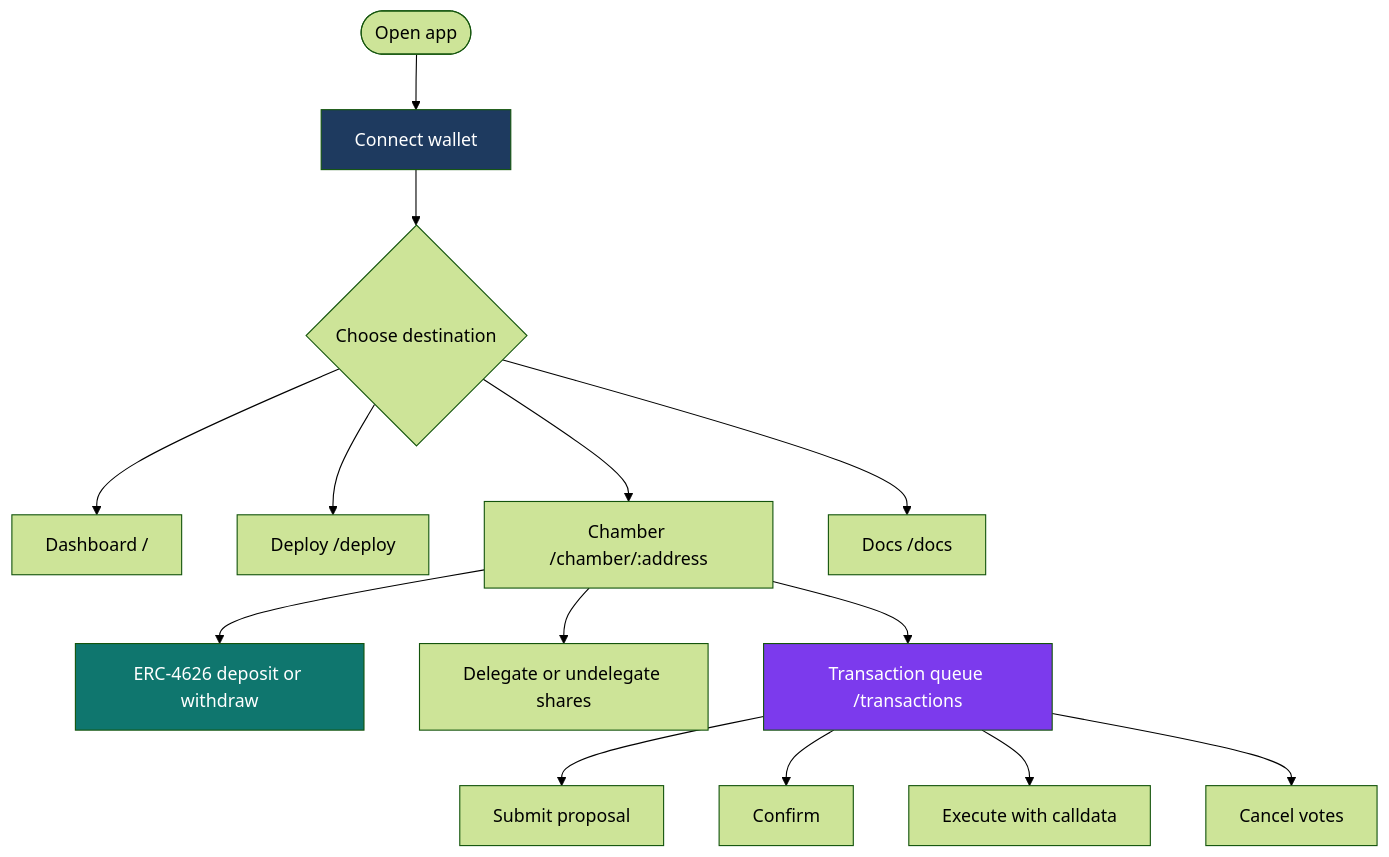
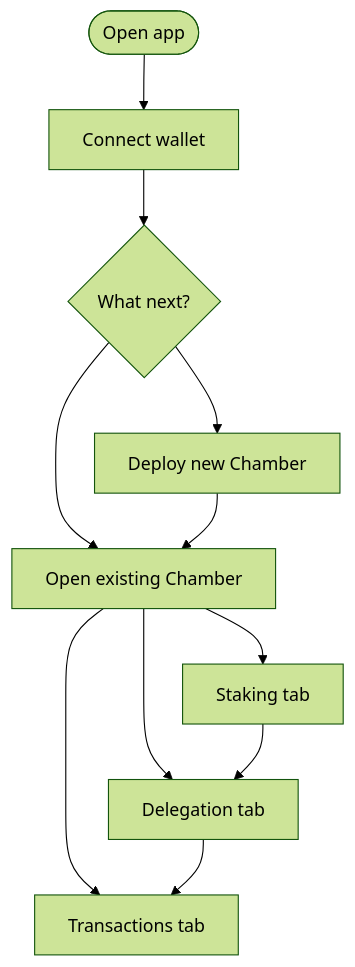
The diagram in app/src/docs/guides/app-routes.md (loreum-org/chamber), drawn with Mermaid (forest theme) before and after one commit. The commit also changed other lines of this file and 28 other files, not shown here.

````diff
--- a/app/src/docs/guides/app-routes.md
+++ b/app/src/docs/guides/app-routes.md
@@ -19,22 +30,13 @@
 ```mermaid
 flowchart TD
-    Start([Open app]) --> Connect[Connect wallet]
-    Connect --> Hub{Choose destination}
-    Hub --> Dashboard[Dashboard /]
-    Hub --> Deploy[Deploy /deploy]
-    Hub --> Chamber[Chamber /chamber/:address]
-    Hub --> Docs[Docs /docs]
-
-    Chamber --> Vault[ERC-4626 deposit or withdraw]
-    Chamber --> Del[Delegate or undelegate shares]
-    Chamber --> Tx[Transaction queue /transactions]
-
-    Tx --> S[Submit proposal]
-    Tx --> C[Confirm]
-    Tx --> E[Execute with calldata]
-    Tx --> X[Cancel votes]
-
-    style Connect fill:#1e3a5f,color:#fff
-    style Vault fill:#0f766e,color:#fff
-    style Tx fill:#7c3aed,color:#fff
+  Start([Open app]) --> Connect[Connect wallet]
+  Connect --> Hub{What next?}
+  Hub --> Deploy[Deploy new Chamber]
+  Hub --> Open[Open existing Chamber]
+  Deploy --> Open
+  Open --> Stake[Staking tab]
+  Open --> Del[Delegation tab]
+  Open --> Tx[Transactions tab]
+  Stake --> Del
+  Del --> Tx
 ```
````
